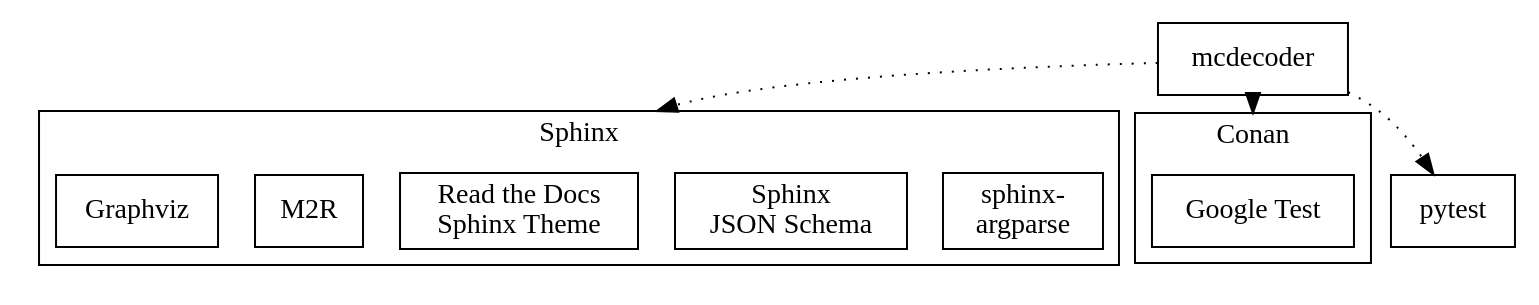
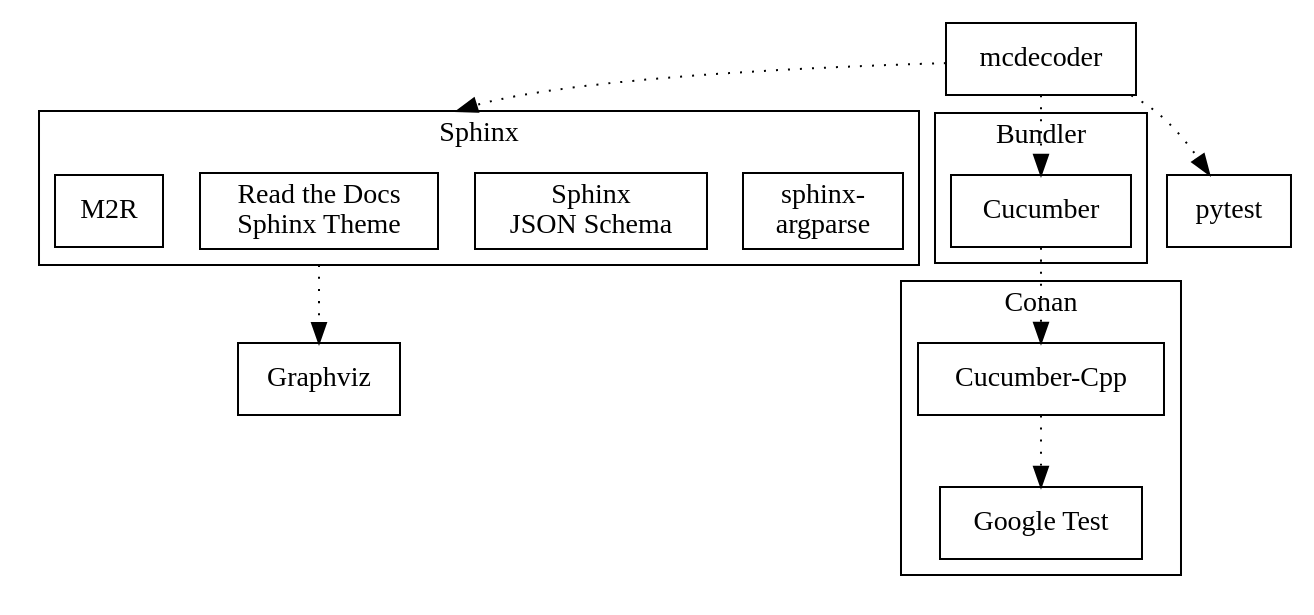
One commit to wildlarva/mcdecoder changed the second of 2 diagrams in src_docs/dev_design.rst. Above: the diagram before and after it, drawn with Graphviz. The commit also changed other lines of this file, not shown here.

Commit message:
Update the development environment

```diff
--- a/src_docs/dev_design.rst
+++ b/src_docs/dev_design.rst
@@ -144,25 +144,36 @@
 .. digraph:: develop
 
     compound = true
     node [shape=box]
     edge [style=dotted]
+
+    subgraph cluster_conan {
+        label = "Conan"
+
+        cucumber_cpp [label = "Cucumber-Cpp"]
+        google_test [label = "Google Test"]
+
+        cucumber_cpp -> google_test
+    }
 
     subgraph cluster_sphinx {
         label = "Sphinx"
 
         sphinx_argparse [label = "sphinx-\nargparse"]
         sphinx_jsonschema [label = "Sphinx\nJSON Schema"]
         sphinx_rtd_theme [label = "Read the Docs\nSphinx Theme"]
         m2r [label = "M2R"]
-        graphviz [label = "Graphviz"]
     }
 
-    subgraph cluster_conan {
-        label = "Conan"
+    subgraph cluster_bundler {
+        label = "Bundler"
 
-        google_test [label = "Google Test"]
+        cucumber [label = "Cucumber"]
     }
 
+    graphviz [label = "Graphviz"]
+
     mcdecoder -> pytest
+    mcdecoder -> cucumber -> cucumber_cpp
     mcdecoder -> sphinx_rtd_theme [lhead=cluster_sphinx]
-    mcdecoder -> google_test [lhead=cluster_conan]
+    sphinx_rtd_theme -> graphviz [ltail=cluster_sphinx]
```
